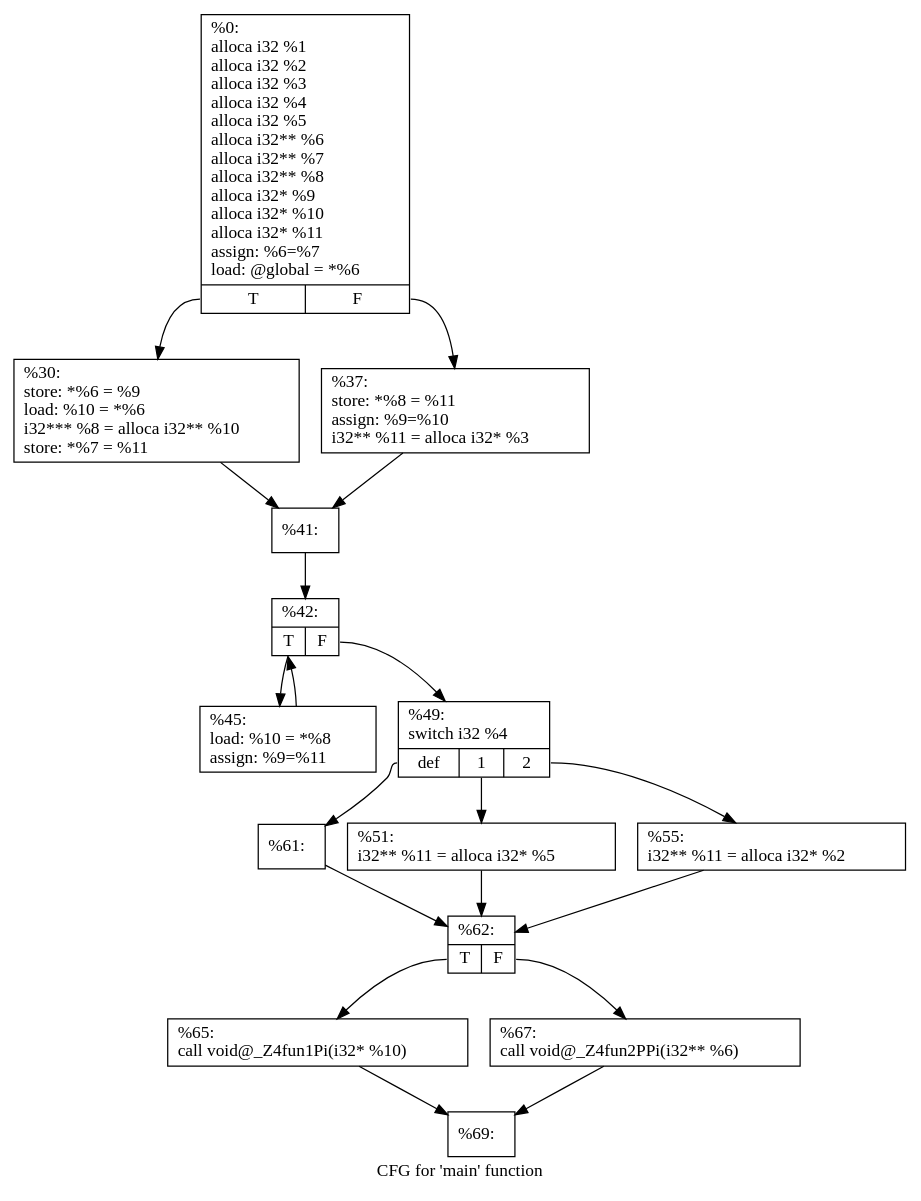
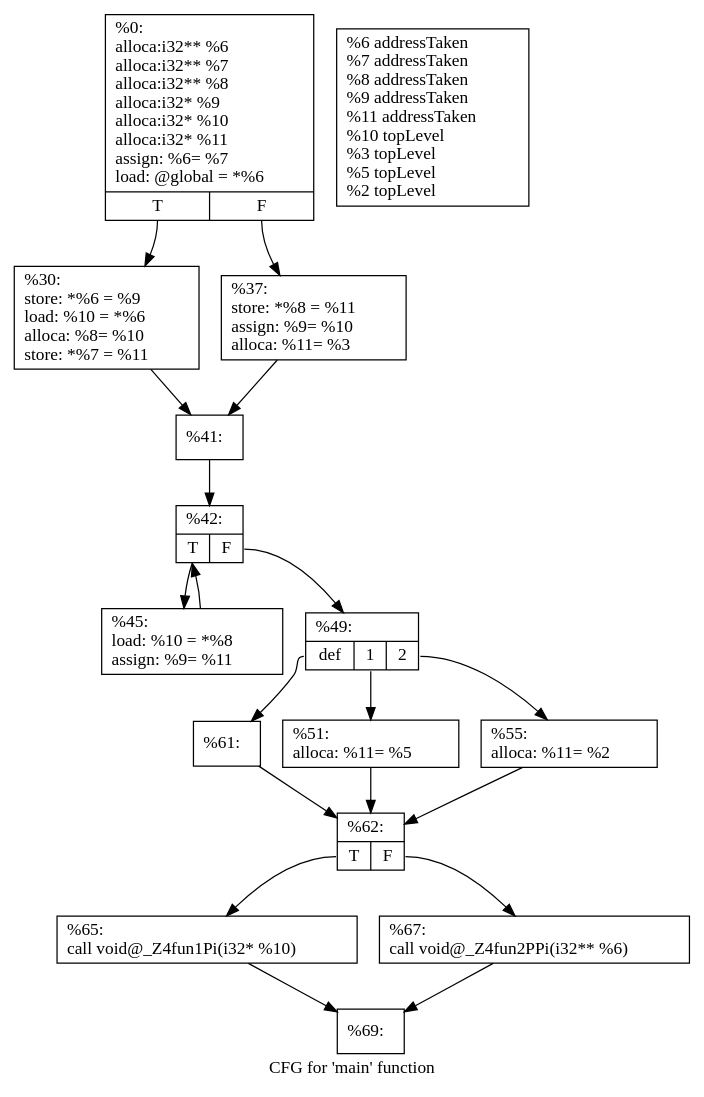
One commit to zyy0721/Ouroboros-Project changed the diagram in cfg.zyy.Case2maintest.dot. Above: the diagram before and after it, drawn with Graphviz. The commit also changed 2 other files, not shown here.

```diff
--- a/cfg.zyy.Case2maintest.dot
+++ b/cfg.zyy.Case2maintest.dot
@@ -1,36 +1,36 @@
 digraph "CFG for 'main' function" {
 	label="CFG for 'main' function";
 
-	Node0x509fa50 [shape=record,label="{%0:\l alloca i32 %1\l alloca i32 %2\l alloca i32 %3\l alloca i32 %4\l alloca i32 %5\l alloca i32** %6\l alloca i32** %7\l alloca i32** %8\l alloca i32* %9\l alloca i32* %10\l alloca i32* %11\l assign: %6=%7\l load: @global = *%6\l |{<s0>T|<s1>F}}"];
+	Node0x509fa50 [shape=record,label="{%0:\l alloca:i32** %6\l alloca:i32** %7\l alloca:i32** %8\l alloca:i32* %9\l alloca:i32* %10\l alloca:i32* %11\l assign: %6= %7\l load: @global = *%6\l |{<s0>T|<s1>F}}"];
 	Node0x509fa50:s0 -> Node0x509fcb0;
 	Node0x509fa50:s1 -> Node0x50a0d40;
-	Node0x509fcb0 [shape=record,label="{%30:\l store: *%6 = %9\l load: %10 = *%6\l i32*** %8 = alloca i32** %10\l store: *%7 = %11\l }"];
+	Node0x509fcb0 [shape=record,label="{%30:\l store: *%6 = %9\l load: %10 = *%6\l alloca: %8= %10\l store: *%7 = %11\l }"];
 	Node0x509fcb0 -> Node0x50a13d0;
-	Node0x50a0d40 [shape=record,label="{%37:\l store: *%8 = %11\l assign: %9=%10\l i32** %11 = alloca i32* %3\l }"];
+	Node0x50a0d40 [shape=record,label="{%37:\l store: *%8 = %11\l assign: %9= %10\l alloca: %11= %3\l }"];
 	Node0x50a0d40 -> Node0x50a13d0;
 	Node0x50a13d0 [shape=record,label="{%41:\l }"];
 	Node0x50a13d0 -> Node0x50a1780;
 	Node0x50a1780 [shape=record,label="{%42:\l |{<s0>T|<s1>F}}"];
 	Node0x50a1780:s0 -> Node0x50a1900;
 	Node0x50a1780:s1 -> Node0x50a1950;
-	Node0x50a1900 [shape=record,label="{%45:\l load: %10 = *%8\l assign: %9=%11\l }"];
+	Node0x50a1900 [shape=record,label="{%45:\l load: %10 = *%8\l assign: %9= %11\l }"];
 	Node0x50a1900 -> Node0x50a1780;
-	Node0x50a1950 [shape=record,label="{%49:\l switch i32 %4\l |{<s0>def|<s1>1|<s2>2}}"];
+	Node0x50a1950 [shape=record,label="{%49:\l |{<s0>def|<s1>1|<s2>2}}"];
 	Node0x50a1950:s0 -> Node0x50a1d10;
 	Node0x50a1950:s1 -> Node0x50a1d60;
 	Node0x50a1950:s2 -> Node0x50a1db0;
-	Node0x50a1d60 [shape=record,label="{%51:\l i32** %11 = alloca i32* %5\l }"];
+	Node0x50a1d60 [shape=record,label="{%51:\l alloca: %11= %5\l }"];
 	Node0x50a1d60 -> Node0x50a2160;
-	Node0x50a1db0 [shape=record,label="{%55:\l i32** %11 = alloca i32* %2\l }"];
+	Node0x50a1db0 [shape=record,label="{%55:\l alloca: %11= %2\l }"];
 	Node0x50a1db0 -> Node0x50a2160;
 	Node0x50a1d10 [shape=record,label="{%61:\l }"];
 	Node0x50a1d10 -> Node0x50a2160;
 	Node0x50a2160 [shape=record,label="{%62:\l |{<s0>T|<s1>F}}"];
 	Node0x50a2160:s0 -> Node0x50a0f20;
 	Node0x50a2160:s1 -> Node0x50a0f70;
 	Node0x50a0f20 [shape=record,label="{%65:\l call void@_Z4fun1Pi(i32* %10)\l }"];
 	Node0x50a0f20 -> Node0x50ba500;
 	Node0x50a0f70 [shape=record,label="{%67:\l call void@_Z4fun2PPi(i32** %6)\l }"];
 	Node0x50a0f70 -> Node0x50ba500;
 	Node0x50ba500 [shape=record,label="{%69:\l }"];
-}
+Node1 [shape=record,label="{%6 addressTaken\l %7 addressTaken\l %8 addressTaken\l %9 addressTaken\l %11 addressTaken\l %10 topLevel\l %3 topLevel\l %5 topLevel\l %2 topLevel\l }"];}
```
